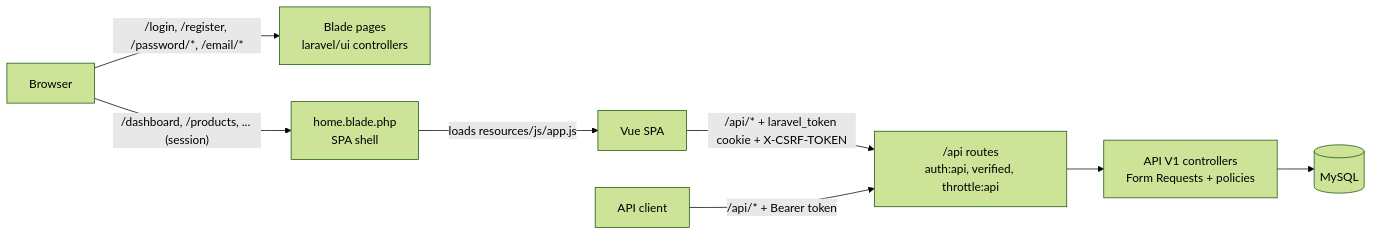
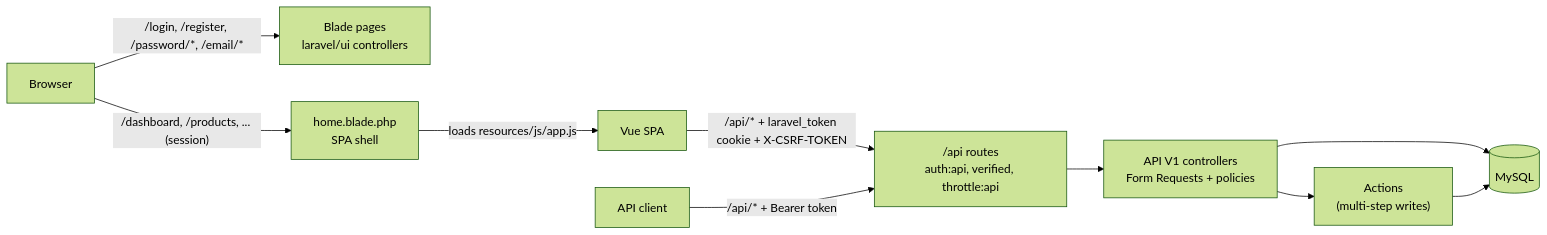
One commit to AnowarCST/laravel-vue-crud-starter changed the diagram in ARCHITECTURE.md. Above: the diagram before and after it, drawn with Mermaid (forest theme). The commit also changed other lines of this file and 28 other files, not shown here.

````diff
--- a/ARCHITECTURE.md
+++ b/ARCHITECTURE.md
@@ -24,10 +24,12 @@
 ```mermaid
 flowchart LR
     B[Browser] -->|"/login, /register, /password/*, /email/*"| W["Blade pages<br/>laravel/ui controllers"]
     B -->|"/dashboard, /products, ... (session)"| S["home.blade.php<br/>SPA shell"]
     S -->|"loads resources/js/app.js"| V[Vue SPA]
     V -->|"/api/* + laravel_token cookie + X-CSRF-TOKEN"| A["/api routes<br/>auth:api, verified, throttle:api"]
     C[API client] -->|"/api/* + Bearer token"| A
     A --> K["API V1 controllers<br/>Form Requests + policies"]
+    K --> X["Actions<br/>(multi-step writes)"]
     K --> D[(MySQL)]
+    X --> D
 ```
````
